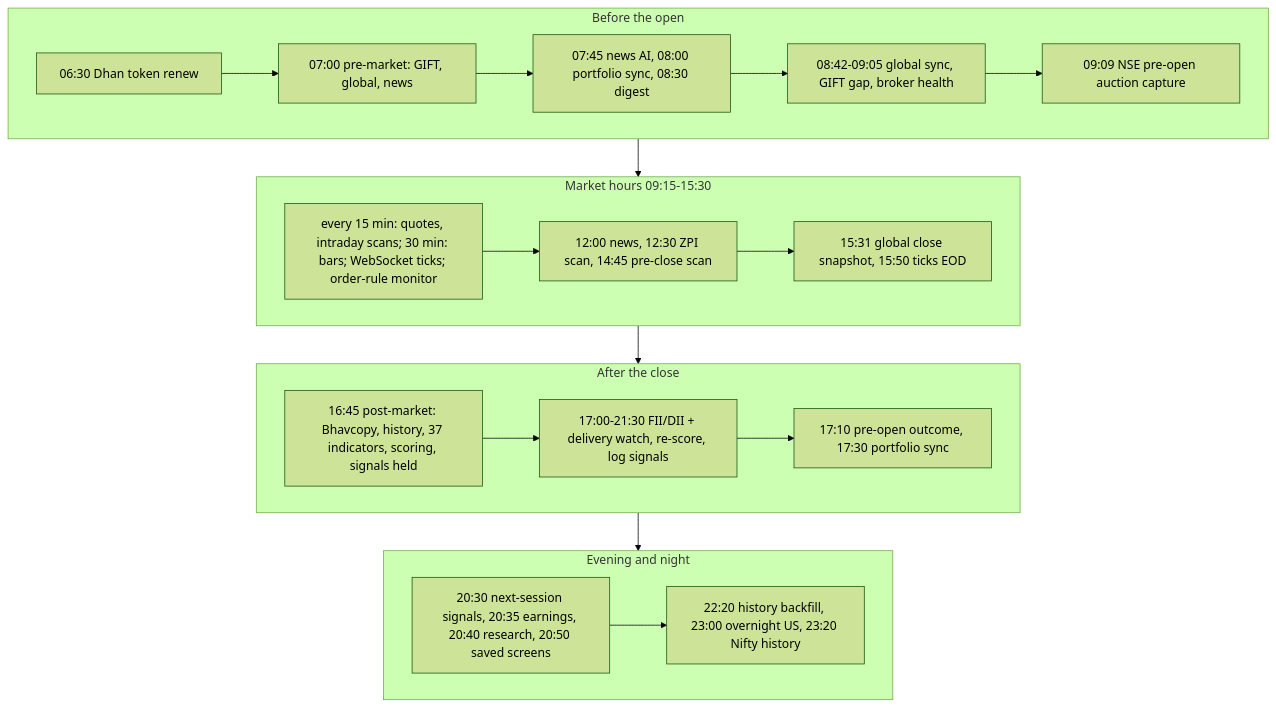
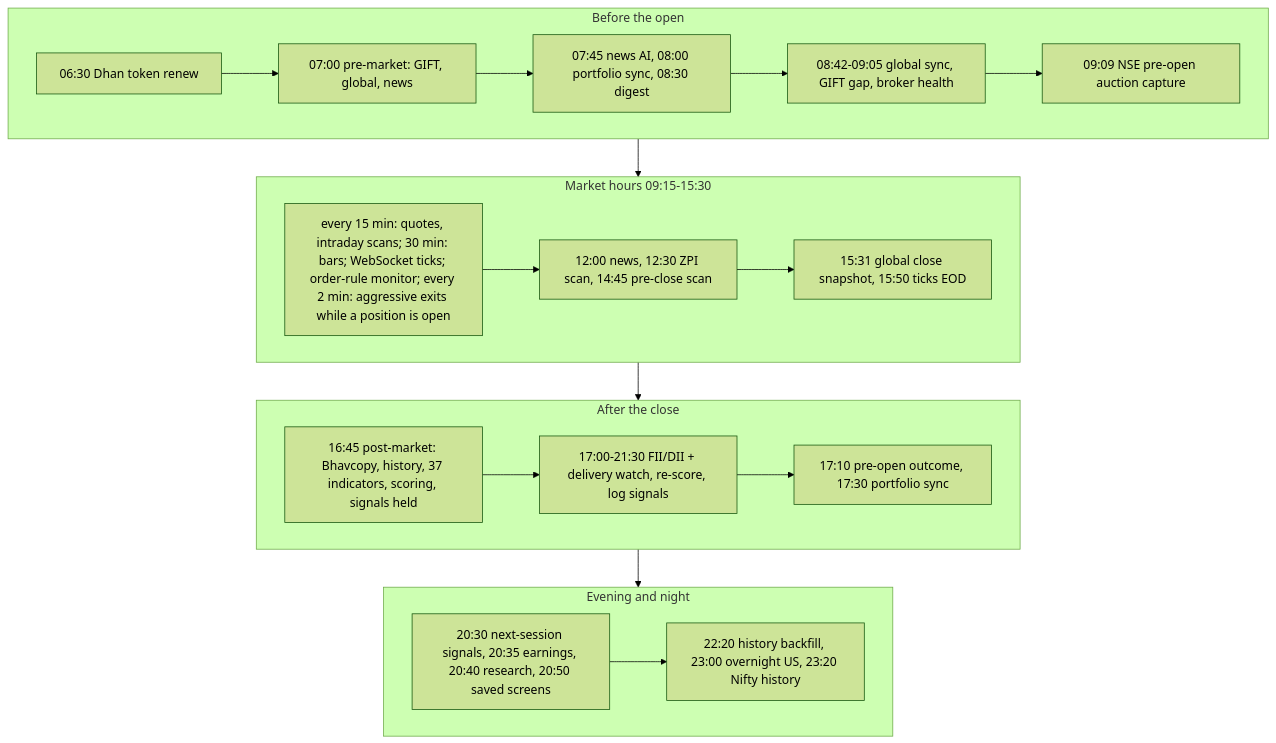
Before and after one commit to sanjaymorankar-debug/ATIP-DEV: the third of 7 diagrams in docs/master/ATIP_MASTER_FILE_2026-10-26.md, drawn with Mermaid (forest theme). The commit also changed other lines of this file and 7 other files, not shown here.

````diff
--- a/docs/master/ATIP_MASTER_FILE_2026-10-26.md
+++ b/docs/master/ATIP_MASTER_FILE_2026-10-26.md
@@ -221,25 +224,25 @@
 ```mermaid
 flowchart TB
   subgraph PRE["Before the open"]
     direction LR
     A["06:30 Dhan token renew"] --> B["07:00 pre-market: GIFT, global, news"]
     B --> C["07:45 news AI, 08:00 portfolio sync, 08:30 digest"]
     C --> D["08:42-09:05 global sync, GIFT gap, broker health"]
     D --> E["09:09 NSE pre-open auction capture"]
   end
   subgraph LIVE["Market hours 09:15-15:30"]
     direction LR
-    F["every 15 min: quotes, intraday scans; 30 min: bars; WebSocket ticks; order-rule monitor"] --> G["12:00 news, 12:30 ZPI scan, 14:45 pre-close scan"]
+    F["every 15 min: quotes, intraday scans; 30 min: bars; WebSocket ticks; order-rule monitor; every 2 min: aggressive exits while a position is open"] --> G["12:00 news, 12:30 ZPI scan, 14:45 pre-close scan"]
     G --> H["15:31 global close snapshot, 15:50 ticks EOD"]
   end
   subgraph POST["After the close"]
     direction LR
     I["16:45 post-market: Bhavcopy, history, 37 indicators, scoring, signals held"] --> J["17:00-21:30 FII/DII + delivery watch, re-score, log signals"]
     J --> K["17:10 pre-open outcome, 17:30 portfolio sync"]
   end
   subgraph NIGHT["Evening and night"]
     direction LR
     L["20:30 next-session signals, 20:35 earnings, 20:40 research, 20:50 saved screens"] --> M["22:20 history backfill, 23:00 overnight US, 23:20 Nifty history"]
   end
   PRE --> LIVE --> POST --> NIGHT
 ```
````
